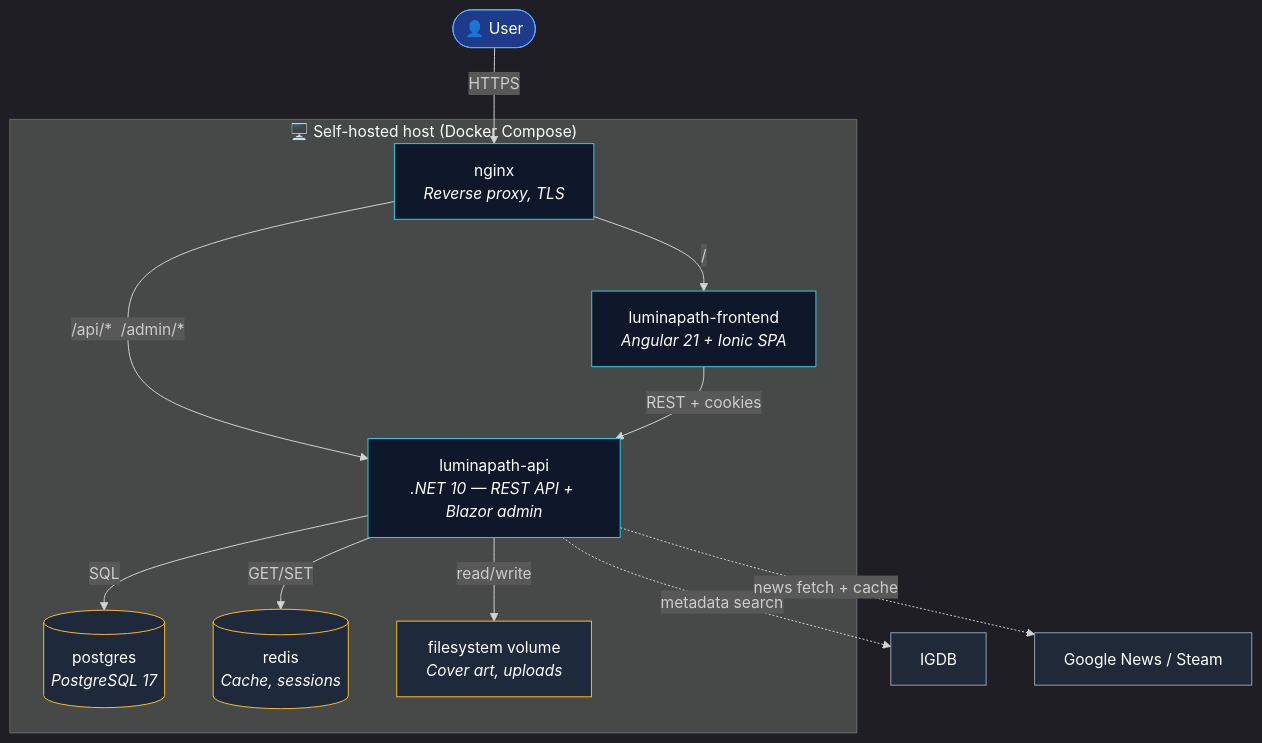
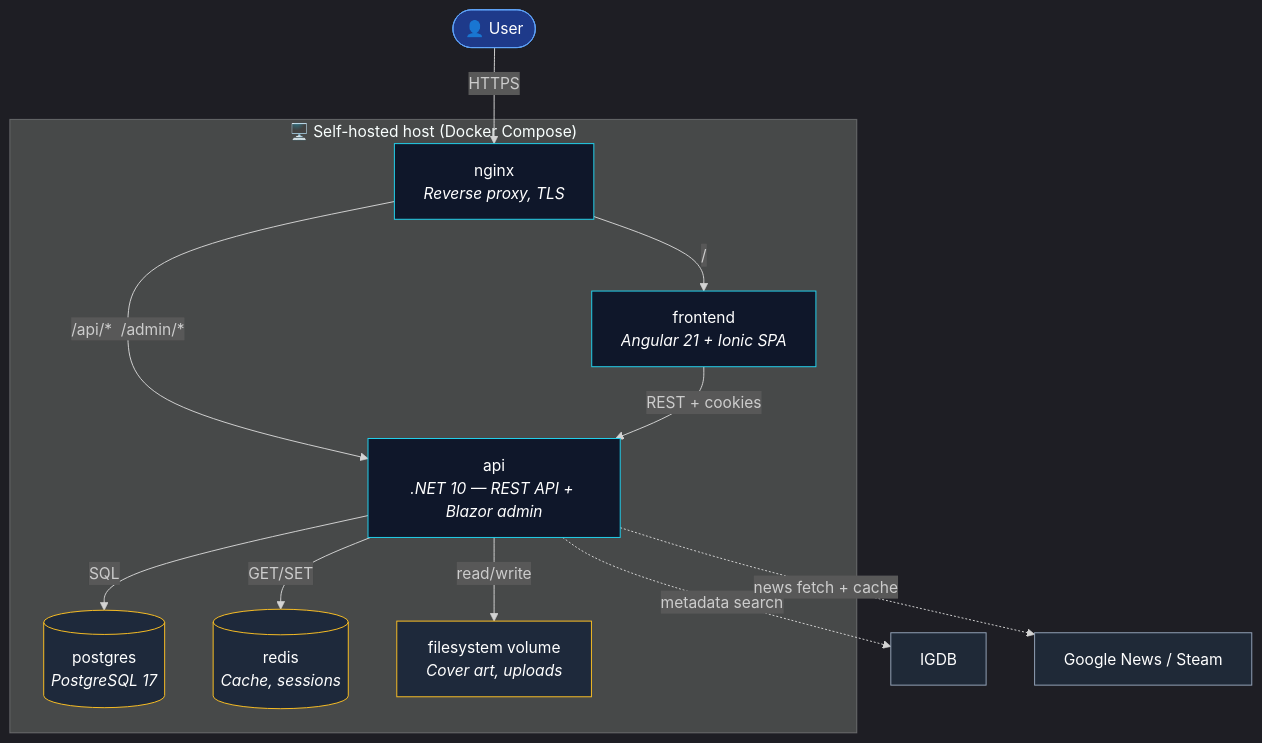
Before and after one commit to dominictosku/LuminaPath: the diagram in docs/02-architecture/c4-container.md, drawn with Mermaid. The commit also changed other lines of this file and 32 other files, not shown here.

````diff
--- a/docs/02-architecture/c4-container.md
+++ b/docs/02-architecture/c4-container.md
@@ -5,36 +5,36 @@
 ```mermaid
 %%{init: {'theme':'dark'}}%%
 flowchart TB
     user(["👤 User"])
 
     subgraph host["🖥️ Self-hosted host (Docker Compose)"]
         nginx["nginx<br/><i>Reverse proxy, TLS</i>"]
-        api["luminapath-api<br/><i>.NET 10 — REST API + Blazor admin</i>"]
-        mobile["luminapath-frontend<br/><i>Angular 21 + Ionic SPA</i>"]
+        api["api<br/><i>.NET 10 — REST API + Blazor admin</i>"]
+        mobile["frontend<br/><i>Angular 21 + Ionic SPA</i>"]
         db[("postgres<br/><i>PostgreSQL 17</i>")]
         redis[("redis<br/><i>Cache, sessions</i>")]
         storage["filesystem volume<br/><i>Cover art, uploads</i>"]
     end
 
     igdb["IGDB"]
     news["Google News / Steam"]
 
     user -- "HTTPS" --> nginx
     nginx -- "/" --> mobile
     nginx -- "/api/* &nbsp;/admin/*" --> api
     mobile -- "REST + cookies" --> api
     api -- "SQL" --> db
     api -- "GET/SET" --> redis
     api -- "read/write" --> storage
     api -. "metadata search" .-> igdb
     api -. "news fetch + cache" .-> news
 
     classDef container fill:#0f172a,stroke:#22d3ee,color:#fff
     classDef store fill:#1e293b,stroke:#fbbf24,color:#fff
     classDef person fill:#1e3a8a,stroke:#60a5fa,color:#fff
     classDef ext fill:#1f2937,stroke:#94a3b8,color:#fff
     class user person
     class nginx,api,mobile container
     class db,redis,storage store
     class igdb,news ext
 ```
````
